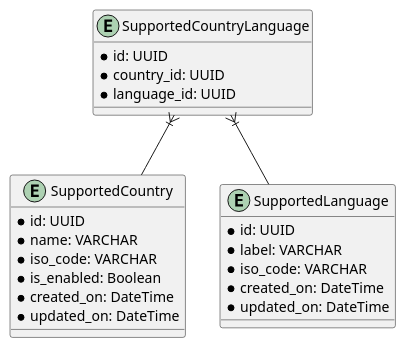
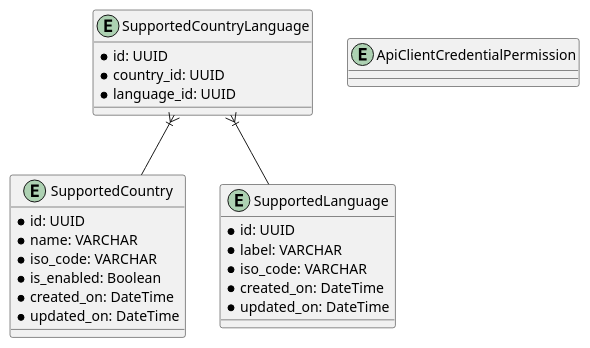
One commit to naabotoo/project-eneon-api-service changed the diagram in documentations/supported_countries.wsd. Above: the diagram before and after it, drawn with PlantUML. The commit also changed 4 other files, not shown here.

```diff
--- a/documentations/supported_countries.wsd
+++ b/documentations/supported_countries.wsd
@@ -1,28 +1,32 @@
 @startuml supported_countries
     entity "SupportedCountry" as supported_countries {
         * id: UUID
         * name: VARCHAR
         * iso_code: VARCHAR
         * is_enabled: Boolean
         * created_on: DateTime
         * updated_on: DateTime
     }
 
     entity "SupportedLanguage" as supported_languages {
         * id: UUID
         * label: VARCHAR
         * iso_code: VARCHAR
         * created_on: DateTime
         * updated_on: DateTime
     }
 
     entity "SupportedCountryLanguage" as supported_country_language {
         * id: UUID
         * country_id: UUID
         * language_id: UUID
     }
 
+    entity "ApiClientCredentialPermission" as api_client_credential_permissions {
+
+    }
+
     supported_country_language }|-- supported_countries
     supported_country_language }|-- supported_languages
 
 @enduml
```
